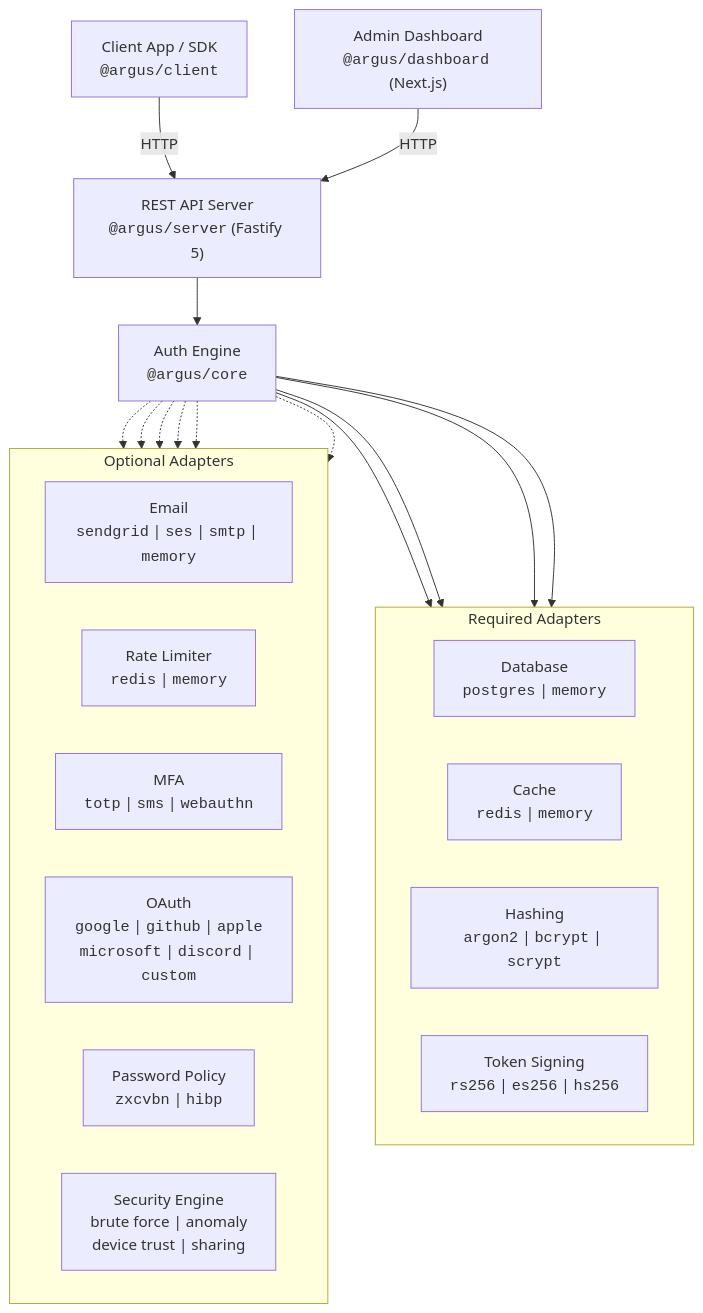
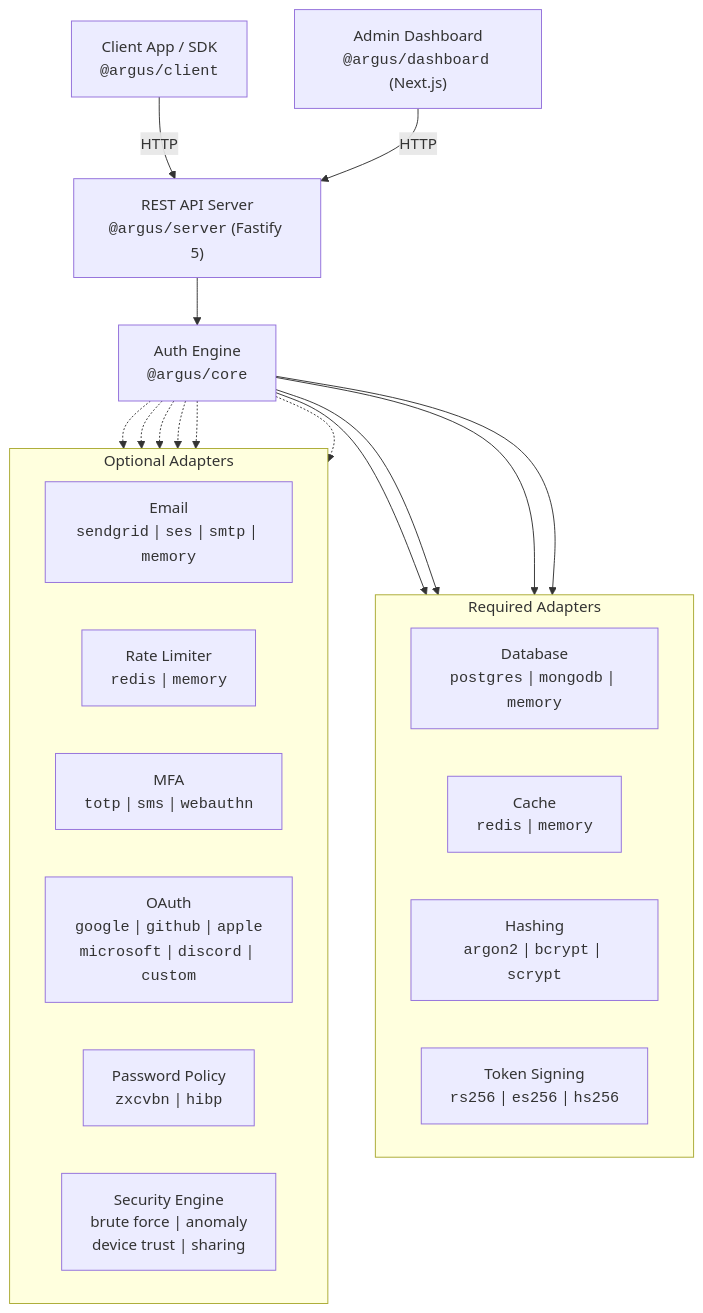
The diagram in README.md (ayush-jadaun/argusJs), drawn with Mermaid before and after one commit. The commit also changed other lines of this file and 8 other files, not shown here.

````diff
--- a/README.md
+++ b/README.md
@@ -110,39 +110,39 @@
 ```mermaid
 graph TB
     Client["Client App / SDK<br/><code>@argus/client</code>"]
     Dashboard["Admin Dashboard<br/><code>@argus/dashboard</code> (Next.js)"]
     Server["REST API Server<br/><code>@argus/server</code> (Fastify 5)"]
     Core["Auth Engine<br/><code>@argus/core</code>"]
 
     subgraph "Required Adapters"
         direction LR
-        DB["Database<br/><code>postgres</code> | <code>memory</code>"]
+        DB["Database<br/><code>postgres</code> | <code>mongodb</code> | <code>memory</code>"]
         Cache["Cache<br/><code>redis</code> | <code>memory</code>"]
         Hash["Hashing<br/><code>argon2</code> | <code>bcrypt</code> | <code>scrypt</code>"]
         Token["Token Signing<br/><code>rs256</code> | <code>es256</code> | <code>hs256</code>"]
     end
 
     subgraph "Optional Adapters"
         direction LR
         Email["Email<br/><code>sendgrid</code> | <code>ses</code> | <code>smtp</code> | <code>memory</code>"]
         RL["Rate Limiter<br/><code>redis</code> | <code>memory</code>"]
         MFA["MFA<br/><code>totp</code> | <code>sms</code> | <code>webauthn</code>"]
         OAuth["OAuth<br/><code>google</code> | <code>github</code> | <code>apple</code><br/><code>microsoft</code> | <code>discord</code> | <code>custom</code>"]
         Policy["Password Policy<br/><code>zxcvbn</code> | <code>hibp</code>"]
         Security["Security Engine<br/>brute force | anomaly<br/>device trust | sharing"]
     end
 
     Client -->|HTTP| Server
     Dashboard -->|HTTP| Server
     Server --> Core
     Core --> DB
     Core --> Cache
     Core --> Hash
     Core --> Token
     Core -.-> Email
     Core -.-> RL
     Core -.-> MFA
     Core -.-> OAuth
     Core -.-> Policy
     Core -.-> Security
 ```
````
